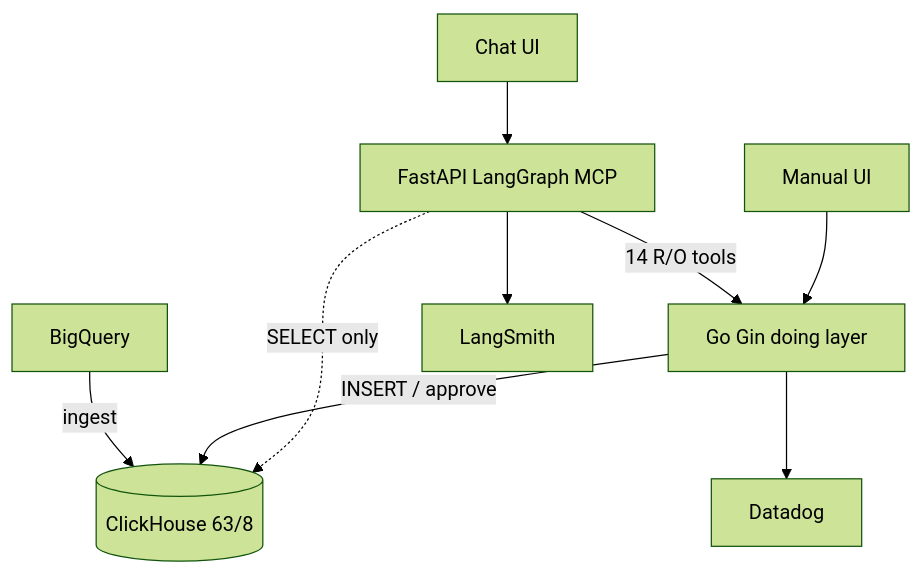
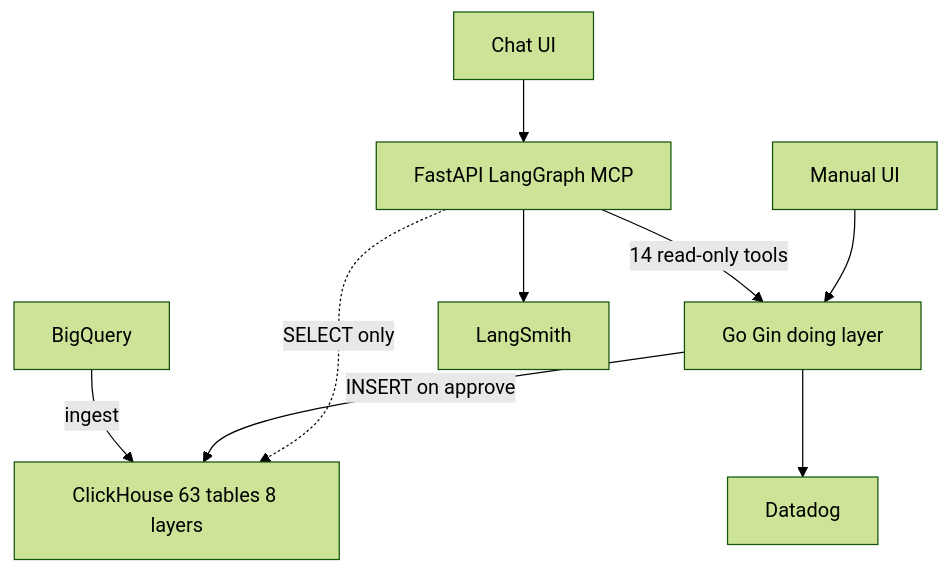
One commit to TM-DEV-PRO/final-resume changed the fifth of 13 diagrams in final_java_ai/prep/33_architecture_diagrams.md. Above: the diagram before and after it, drawn with Mermaid (forest theme). The commit also changed other lines of this file and 617 other files, not shown here.

````diff
--- a/final_java_ai/prep/33_architecture_diagrams.md
+++ b/final_java_ai/prep/33_architecture_diagrams.md
@@ -48,11 +257,11 @@
 ```mermaid
 flowchart TB
-  Chat[Chat UI] --> FA[FastAPI LangGraph MCP]
-  Manual[Manual UI] --> Go[Go Gin doing layer]
-  FA -->|14 R/O tools| Go
-  FA -.->|SELECT only| CH[(ClickHouse 63/8)]
-  Go -->|INSERT / approve| CH
-  BQ[BigQuery] -->|ingest| CH
-  FA --> LS[LangSmith]
-  Go --> DD[Datadog]
+  CHAT["Chat UI"] --> FA["FastAPI LangGraph MCP"]
+  MAN["Manual UI"] --> GOW["Go Gin doing layer"]
+  FA -->|"14 read-only tools"| GOW
+  FA -.->|"SELECT only"| CHC["ClickHouse 63 tables 8 layers"]
+  GOW -->|"INSERT on approve"| CHC
+  BQC["BigQuery"] -->|"ingest"| CHC
+  FA --> LSC["LangSmith"]
+  GOW --> DDC["Datadog"]
 ```
````
